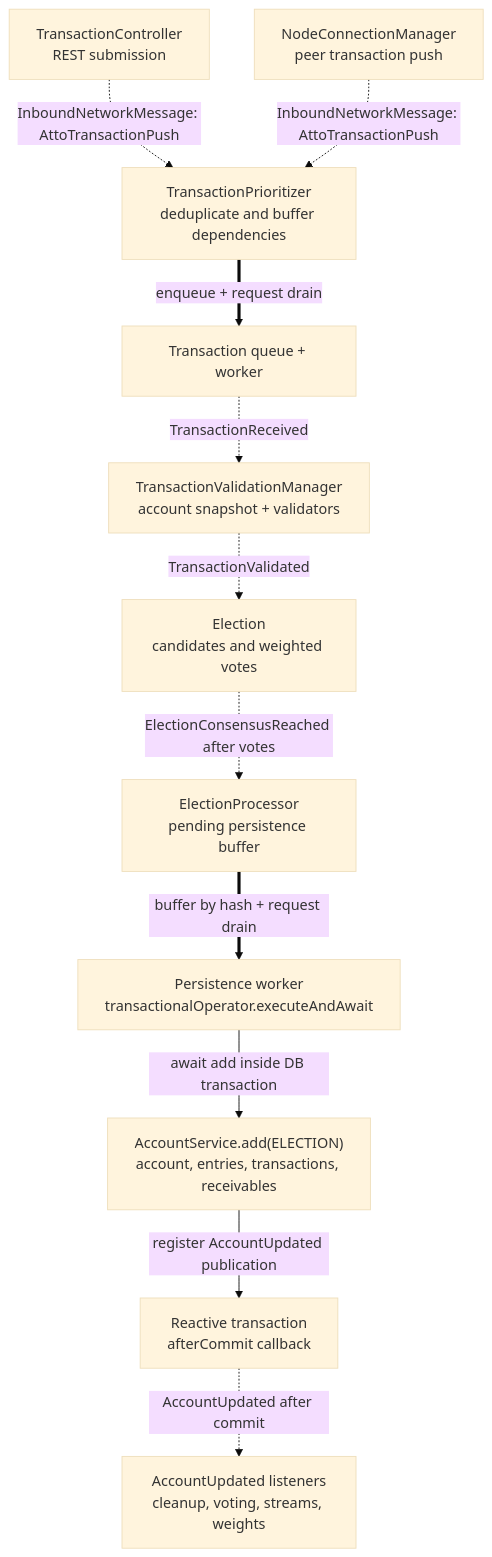
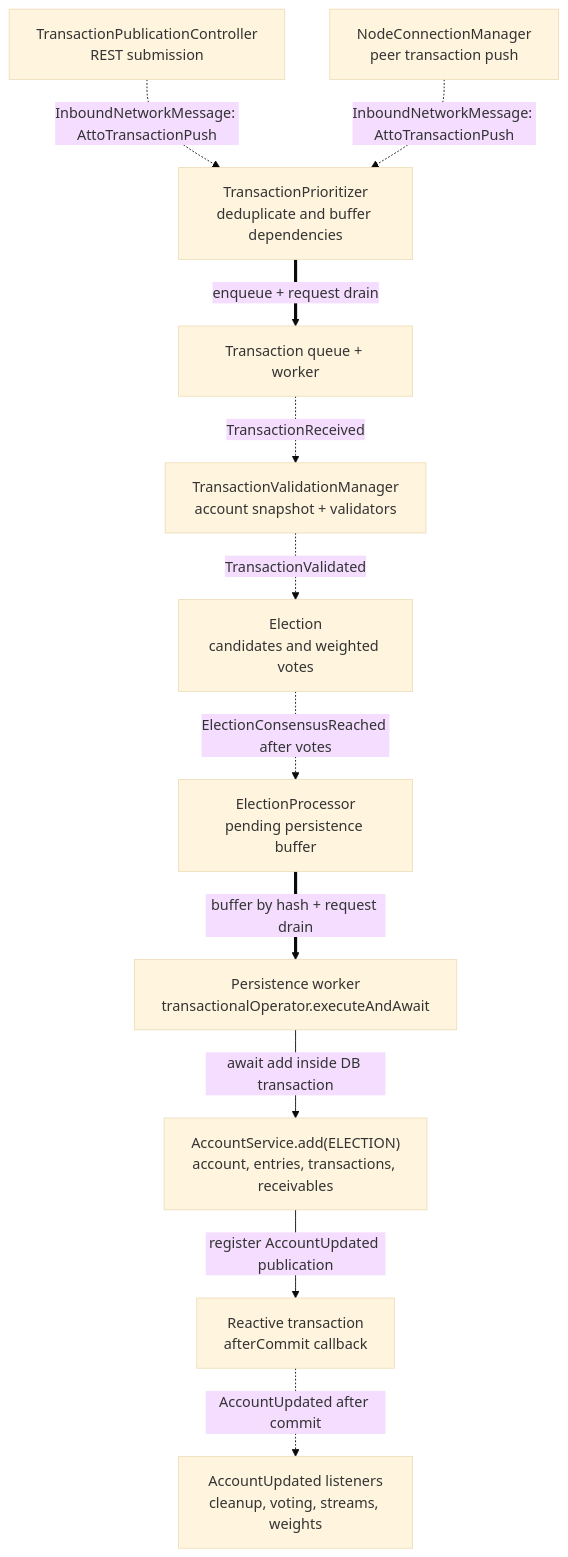
The first of 2 diagrams in TRANSACTION-PROCESSING.md (attocash/node), drawn with Mermaid (base theme) before and after one commit. The commit also changed other lines of this file and 51 other files, not shown here.

````diff
--- a/TRANSACTION-PROCESSING.md
+++ b/TRANSACTION-PROCESSING.md
@@ -41,25 +41,25 @@
 ```mermaid
 flowchart TB
-    REST["TransactionController<br/>REST submission"]
+    REST["TransactionPublicationController<br/>REST submission"]
     P2P["NodeConnectionManager<br/>peer transaction push"]
     PRIORITY["TransactionPrioritizer<br/>deduplicate and buffer dependencies"]
     TXWORK["Transaction queue + worker"]
     VALIDATE["TransactionValidationManager<br/>account snapshot + validators"]
     ELECTION["Election<br/>candidates and weighted votes"]
     PROCESSOR["ElectionProcessor<br/>pending persistence buffer"]
     SAVEWORK["Persistence worker<br/>transactionalOperator.executeAndAwait"]
     ACCOUNT["AccountService.add(ELECTION)<br/>account, entries, transactions, receivables"]
     COMMIT["Reactive transaction<br/>afterCommit callback"]
     COMPLETE["AccountUpdated listeners<br/>cleanup, voting, streams, weights"]
 
     REST -.->|"InboundNetworkMessage: AttoTransactionPush"| PRIORITY
     P2P -.->|"InboundNetworkMessage: AttoTransactionPush"| PRIORITY
     PRIORITY ==>|"enqueue + request drain"| TXWORK
     TXWORK -.->|"TransactionReceived"| VALIDATE
     VALIDATE -.->|"TransactionValidated"| ELECTION
     ELECTION -.->|"ElectionConsensusReached after votes"| PROCESSOR
     PROCESSOR ==>|"buffer by hash + request drain"| SAVEWORK
     SAVEWORK -->|"await add inside DB transaction"| ACCOUNT
     ACCOUNT -->|"register AccountUpdated publication"| COMMIT
     COMMIT -.->|"AccountUpdated after commit"| COMPLETE
 ```
````
